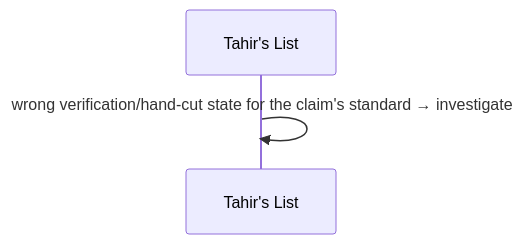
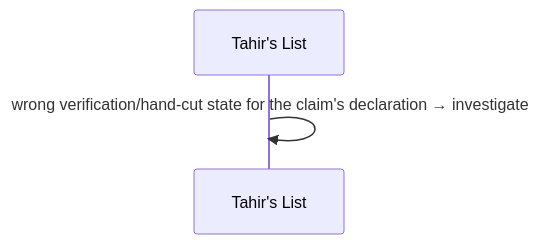
The seventh of 7 diagrams in docs/features/SC-211/04-blackbox/UC-03-load-reviewed-batch.md (Losers-Lab/tahirs-list), drawn with Mermaid before and after one commit. The commit also changed other lines of this file and 16 other files, not shown here.

````diff
--- a/docs/features/SC-211/04-blackbox/UC-03-load-reviewed-batch.md
+++ b/docs/features/SC-211/04-blackbox/UC-03-load-reviewed-batch.md
@@ -62,5 +62,5 @@
 ```mermaid
 sequenceDiagram
   participant TL as Tahir's List
-  TL->>TL: wrong verification/hand-cut state for the claim's standard → investigate
+  TL->>TL: wrong verification/hand-cut state for the claim's declaration → investigate
 ```
````
